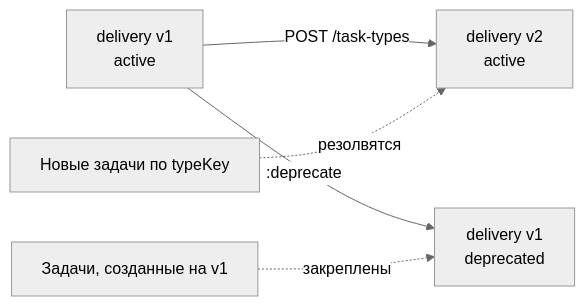
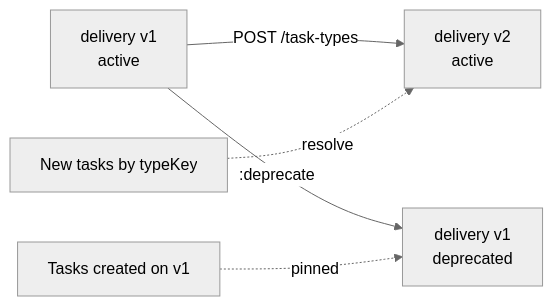
One commit to monthu56/taimen changed the third of 5 diagrams in guide/docs/control-plane/task-types.md. Above: the diagram before and after it, drawn with Mermaid (neutral theme). The commit also changed other lines of this file and 183 other files, not shown here.

````diff
--- a/guide/docs/control-plane/task-types.md
+++ b/guide/docs/control-plane/task-types.md
@@ -241,7 +242,7 @@
 ```mermaid
 flowchart LR
     V1["delivery v1<br/>active"] -->|POST /task-types| V2["delivery v2<br/>active"]
     V1 -->|":deprecate"| V1d["delivery v1<br/>deprecated"]
-    T1["Задачи, созданные на v1"] -.закреплены.-> V1d
-    T2["Новые задачи по typeKey"] -.резолвятся.-> V2
+    T1["Tasks created on v1"] -.pinned.-> V1d
+    T2["New tasks by typeKey"] -.resolve.-> V2
 ```
````
